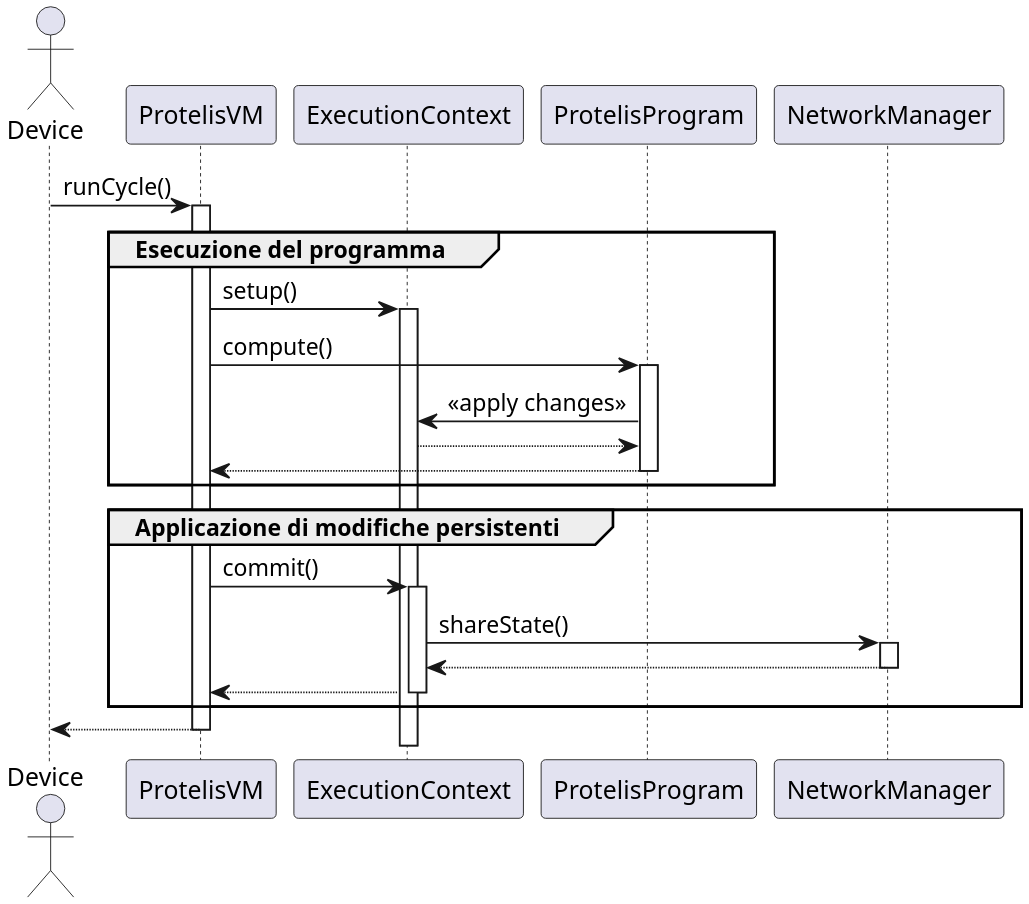
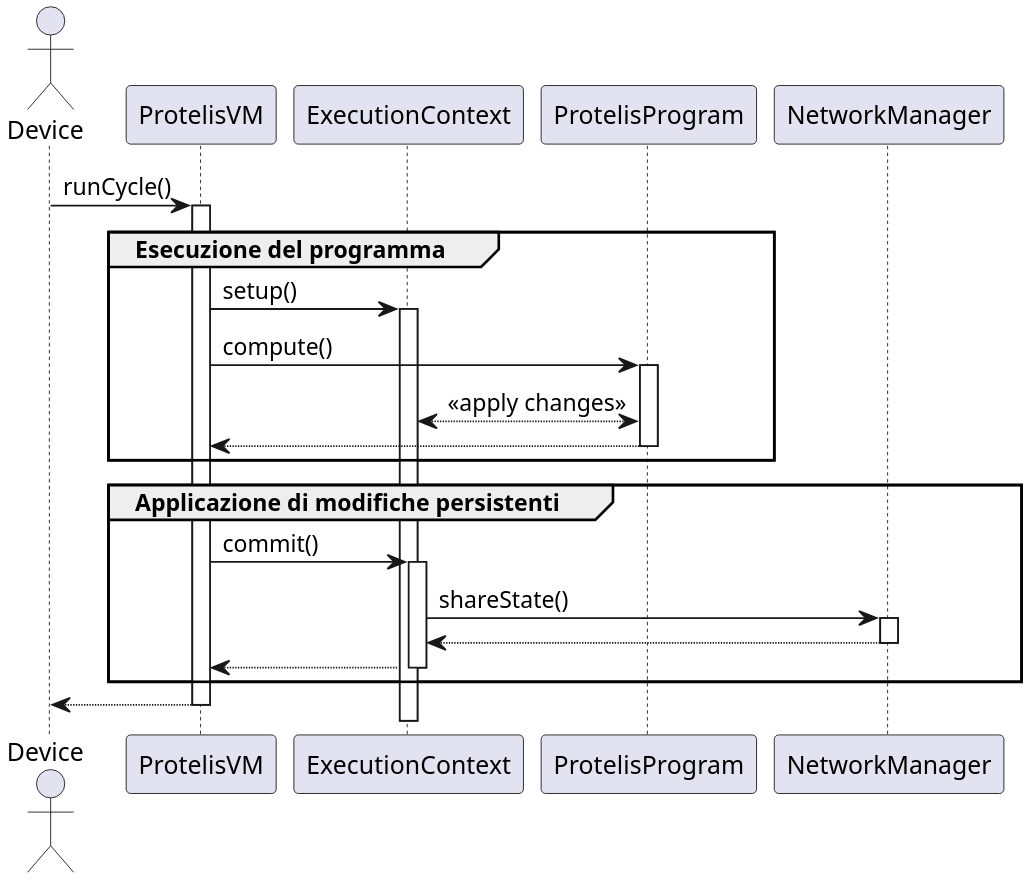
One commit to lippo97/thesis changed the diagram in diagrams/protelis-vm-sequence.puml. Above: the diagram before and after it, drawn with PlantUML. The commit also changed 8 other files, not shown here.

```diff
--- a/diagrams/protelis-vm-sequence.puml
+++ b/diagrams/protelis-vm-sequence.puml
@@ -1,36 +1,35 @@
 @startuml
 
 skinparam dpi 250
 hide empty members
 
 actor Device
 Device -> ProtelisVM : runCycle()
 activate ProtelisVM
 
 group Esecuzione del programma
     ProtelisVM -> ExecutionContext : setup()
     activate ExecutionContext
     ProtelisVM -> ProtelisProgram : compute()
     activate ProtelisProgram
-    ProtelisProgram -> ExecutionContext : <<apply changes>>
-    ProtelisProgram <-- ExecutionContext
+    ProtelisProgram <--> ExecutionContext : <<apply changes>>
     ProtelisVM <-- ProtelisProgram
     deactivate ProtelisProgram
 end
 group Applicazione di modifiche persistenti
 ProtelisVM -> ExecutionContext : commit()
 activate ExecutionContext
 
 ExecutionContext -> NetworkManager : shareState()
 activate NetworkManager
 
 ExecutionContext <-- NetworkManager
 deactivate NetworkManager
 
 ProtelisVM <-- ExecutionContext
 deactivate ExecutionContext
 end
 
 Device <-- ProtelisVM
 deactivate ProtelisVM
 @enduml
```
